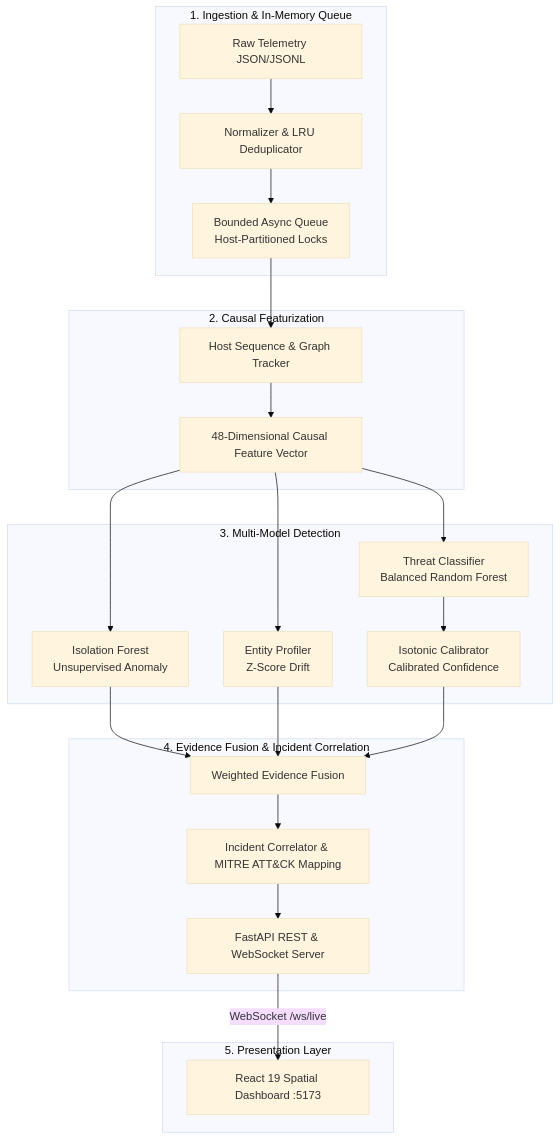
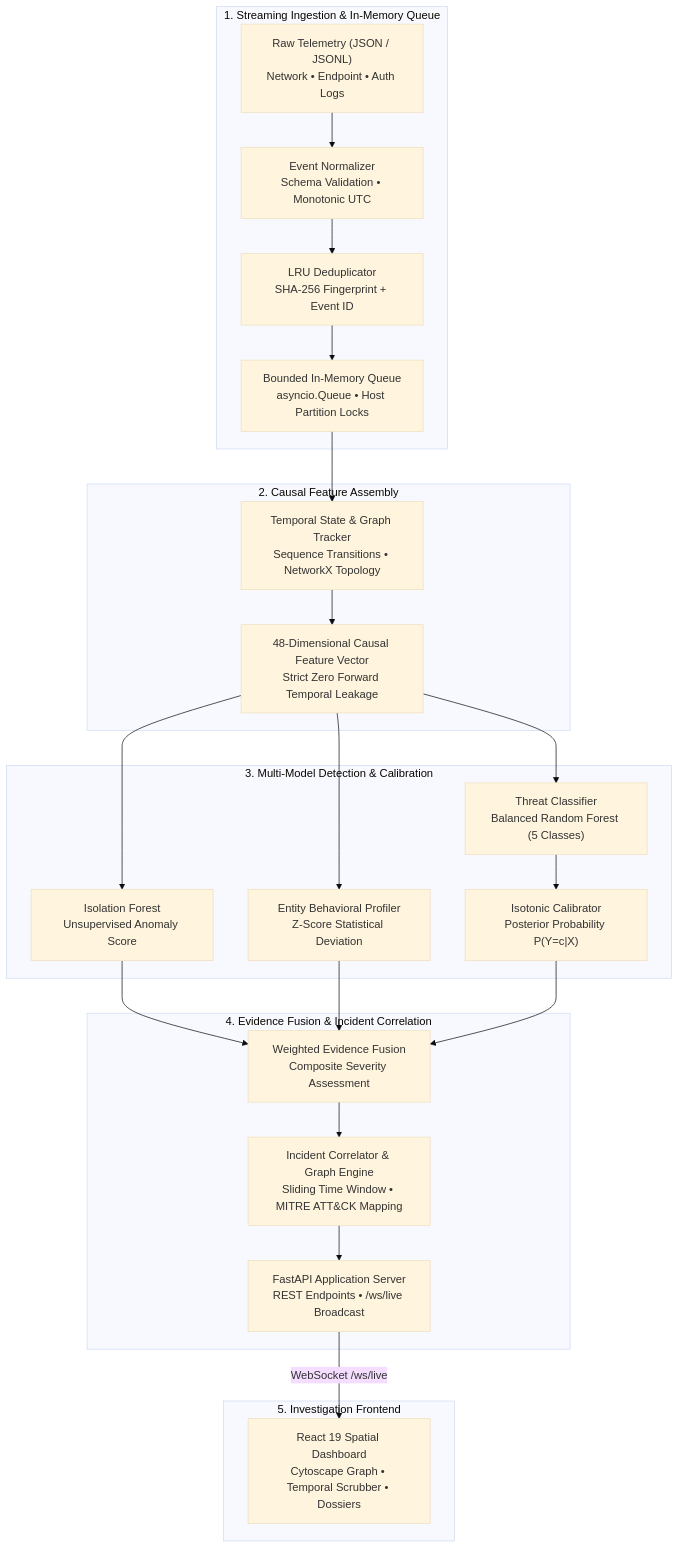
Before and after one commit to akashcodes23/AEGIS-ML: the diagram in README.md, drawn with Mermaid (base theme). The commit also changed other lines of this file, not shown here.

Commit message:
docs(readme): improve project presentation and technical accuracy

````diff
--- a/README.md
+++ b/README.md
@@ -63,29 +91,30 @@
 ```mermaid
 flowchart TD
-    subgraph Ingestion ["1. Ingestion & In-Memory Queue"]
-        Raw[Raw Telemetry JSON/JSONL] --> Norm[Normalizer & LRU Deduplicator]
-        Norm --> Queue[Bounded Async Queue<br/>Host-Partitioned Locks]
+    subgraph Ingestion ["1. Streaming Ingestion & In-Memory Queue"]
+        Raw["Raw Telemetry (JSON / JSONL)<br/>Network • Endpoint • Auth Logs"] --> Norm["Event Normalizer<br/>Schema Validation • Monotonic UTC"]
+        Norm --> Dedup["LRU Deduplicator<br/>SHA-256 Fingerprint + Event ID"]
+        Dedup --> Queue["Bounded In-Memory Queue<br/>asyncio.Queue • Host Partition Locks"]
     end
 
-    subgraph Featurization ["2. Causal Featurization"]
-        Queue --> StateTrack[Host Sequence & Graph Tracker]
-        StateTrack --> Feat[48-Dimensional Causal Feature Vector]
+    subgraph Featurization ["2. Causal Feature Assembly"]
+        Queue --> State["Temporal State & Graph Tracker<br/>Sequence Transitions • NetworkX Topology"]
+        State --> Vector["48-Dimensional Causal Feature Vector<br/>Strict Zero Forward Temporal Leakage"]
     end
 
-    subgraph Inference ["3. Multi-Model Detection"]
-        Feat --> IF[Isolation Forest<br/>Unsupervised Anomaly]
-        Feat --> Drift[Entity Profiler<br/>Z-Score Drift]
-        Feat --> RF[Threat Classifier<br/>Balanced Random Forest]
-        RF --> Calib[Isotonic Calibrator<br/>Calibrated Confidence]
+    subgraph Detection ["3. Multi-Model Detection & Calibration"]
+        Vector --> IF["Isolation Forest<br/>Unsupervised Anomaly Score"]
+        Vector --> Drift["Entity Behavioral Profiler<br/>Z-Score Statistical Deviation"]
+        Vector --> RF["Threat Classifier<br/>Balanced Random Forest (5 Classes)"]
+        RF --> Calib["Isotonic Calibrator<br/>Posterior Probability P(Y=c|X)"]
     end
 
-    subgraph Fusion ["4. Evidence Fusion & Incident Correlation"]
-        IF & Drift & Calib --> Fuse[Weighted Evidence Fusion]
-        Fuse --> Correlate[Incident Correlator & MITRE ATT&CK Mapping]
-        Correlate --> API[FastAPI REST & WebSocket Server]
+    subgraph Correlation ["4. Evidence Fusion & Incident Correlation"]
+        IF & Drift & Calib --> Fusion["Weighted Evidence Fusion<br/>Composite Severity Assessment"]
+        Fusion --> Correlator["Incident Correlator & Graph Engine<br/>Sliding Time Window • MITRE ATT&CK Mapping"]
+        Correlator --> API["FastAPI Application Server<br/>REST Endpoints • /ws/live Broadcast"]
     end
 
-    subgraph SOC ["5. Presentation Layer"]
-        API -->|WebSocket /ws/live| UI[React 19 Spatial Dashboard :5173]
+    subgraph SOC ["5. Investigation Frontend"]
+        API -->|WebSocket /ws/live| UI["React 19 Spatial Dashboard<br/>Cytoscape Graph • Temporal Scrubber • Dossiers"]
     end
 ```
````
